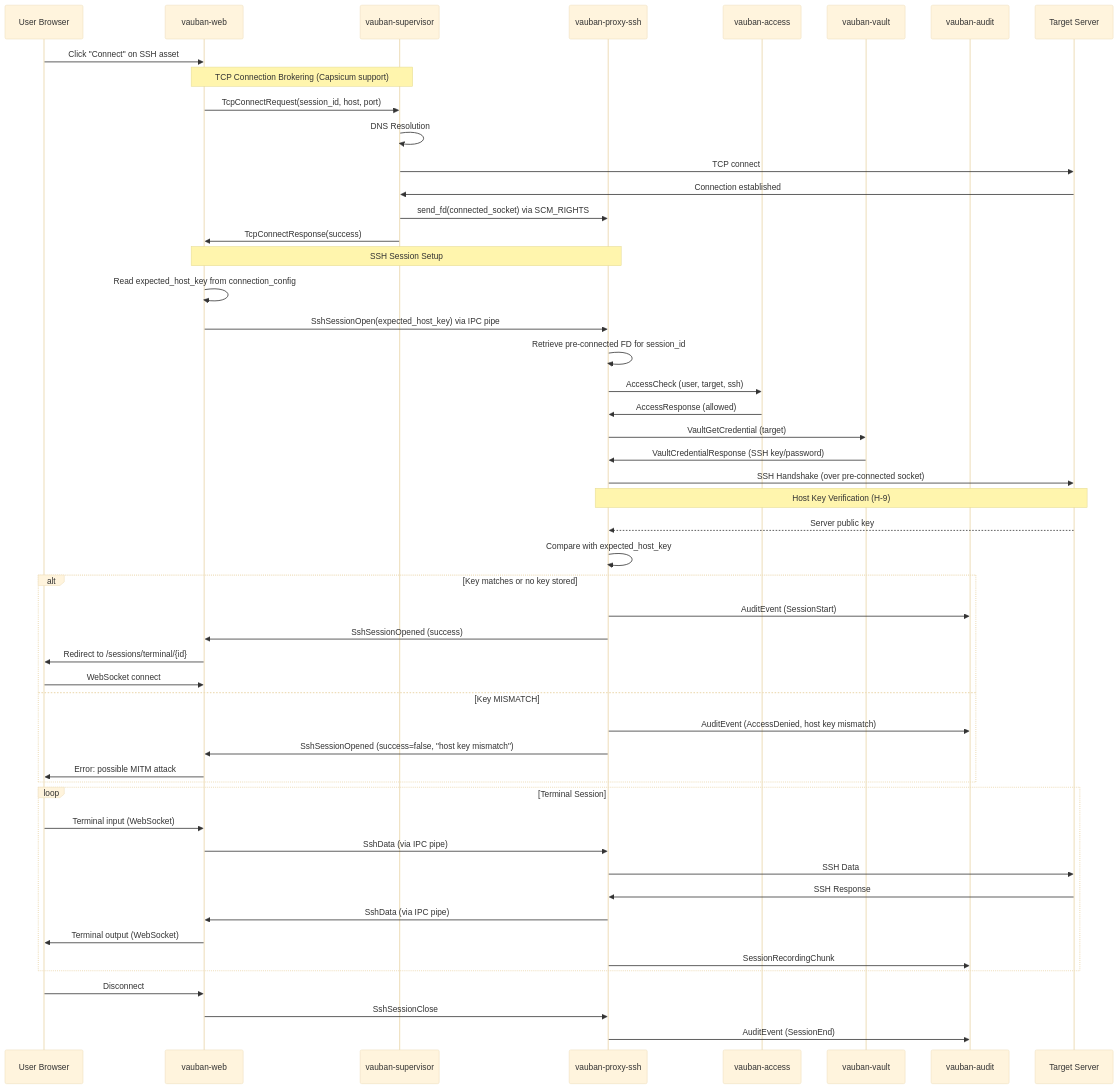
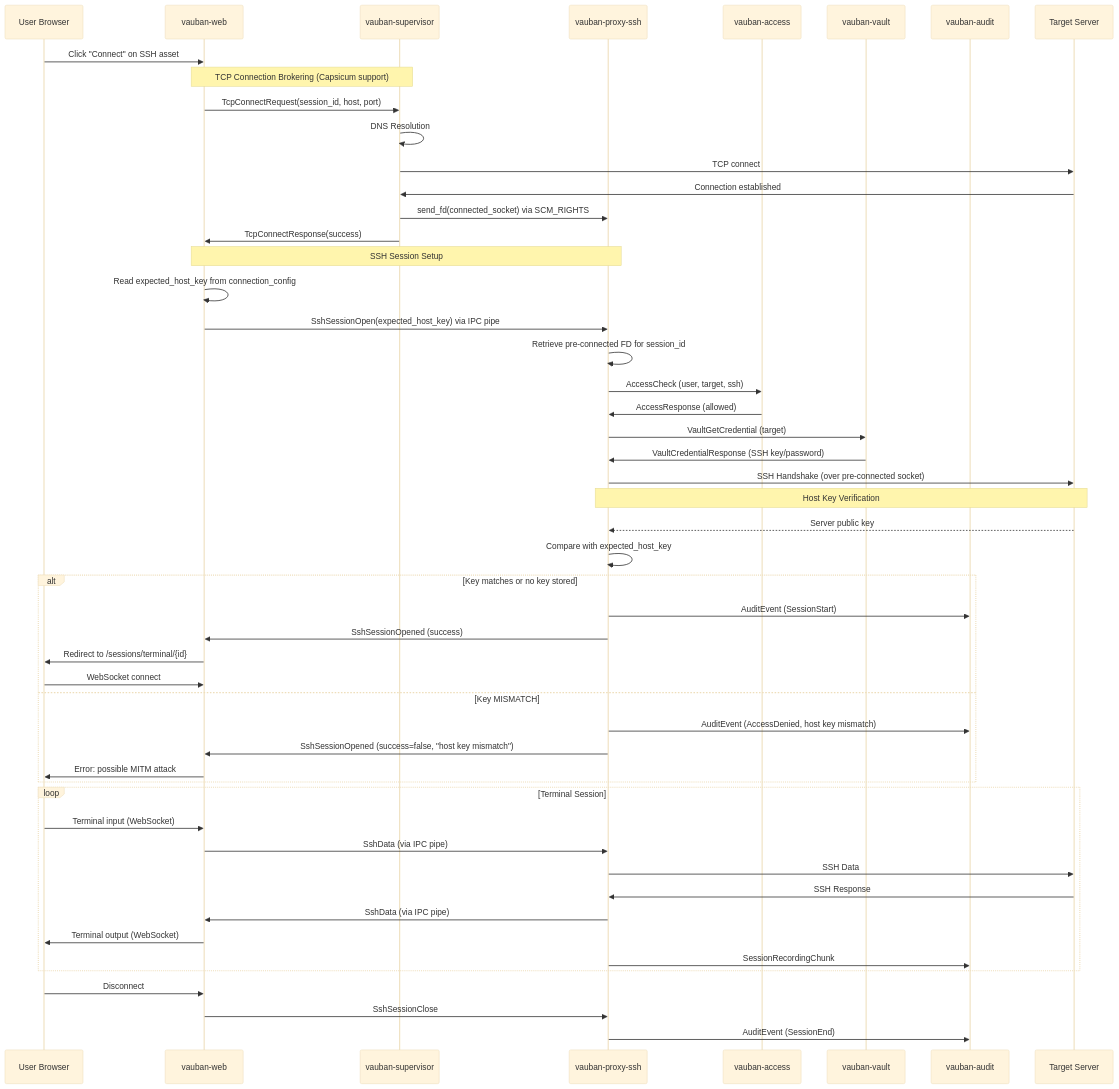
One commit to rbenaley/Vauban changed the tenth of 11 diagrams in docs/technical/Vauban_Privsep_Architecture_EN(1.1).md. Above: the diagram before and after it, drawn with Mermaid (base theme). The commit also changed other lines of this file and 57 other files, not shown here.

````diff
--- a/docs/technical/Vauban_Privsep_Architecture_EN(1.1).md
+++ b/docs/technical/Vauban_Privsep_Architecture_EN(1.1).md
@@ -1116,59 +1116,59 @@
 ```mermaid
 sequenceDiagram
     participant U as User Browser
     participant W as vauban-web
     participant S as vauban-supervisor
     participant P as vauban-proxy-ssh
     participant R as vauban-access
     participant V as vauban-vault
     participant Au as vauban-audit
     participant T as Target Server
 
     U->>W: Click "Connect" on SSH asset
     
     Note over W,S: TCP Connection Brokering (Capsicum support)
     W->>S: TcpConnectRequest(session_id, host, port)
     S->>S: DNS Resolution
     S->>T: TCP connect
     T->>S: Connection established
     S->>P: send_fd(connected_socket) via SCM_RIGHTS
     S->>W: TcpConnectResponse(success)
     
     Note over W,P: SSH Session Setup
     W->>W: Read expected_host_key from connection_config
     W->>P: SshSessionOpen(expected_host_key) via IPC pipe
     P->>P: Retrieve pre-connected FD for session_id
     P->>R: AccessCheck (user, target, ssh)
     R->>P: AccessResponse (allowed)
     P->>V: VaultGetCredential (target)
     V->>P: VaultCredentialResponse (SSH key/password)
     P->>T: SSH Handshake (over pre-connected socket)
     
-    Note over P,T: Host Key Verification (H-9)
+    Note over P,T: Host Key Verification
     T-->>P: Server public key
     P->>P: Compare with expected_host_key
     alt Key matches or no key stored
         P->>Au: AuditEvent (SessionStart)
         P->>W: SshSessionOpened (success)
         W->>U: Redirect to /sessions/terminal/{id}
         U->>W: WebSocket connect
     else Key MISMATCH
         P->>Au: AuditEvent (AccessDenied, host key mismatch)
         P->>W: SshSessionOpened (success=false, "host key mismatch")
         W->>U: Error: possible MITM attack
     end
     
     loop Terminal Session
         U->>W: Terminal input (WebSocket)
         W->>P: SshData (via IPC pipe)
         P->>T: SSH Data
         T->>P: SSH Response
         P->>W: SshData (via IPC pipe)
         W->>U: Terminal output (WebSocket)
         P->>Au: SessionRecordingChunk
     end
     
     U->>W: Disconnect
     W->>P: SshSessionClose
     P->>Au: AuditEvent (SessionEnd)
 ```
````
